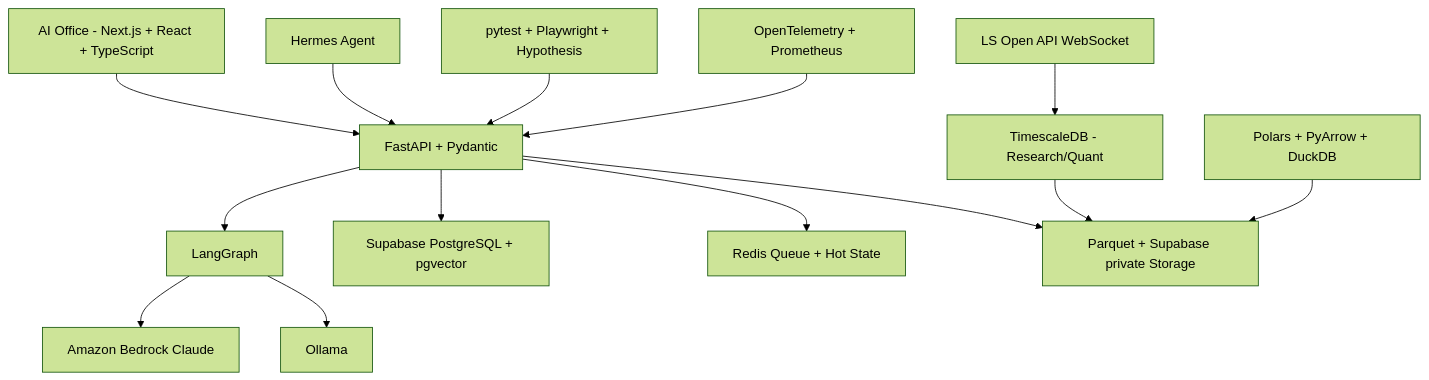
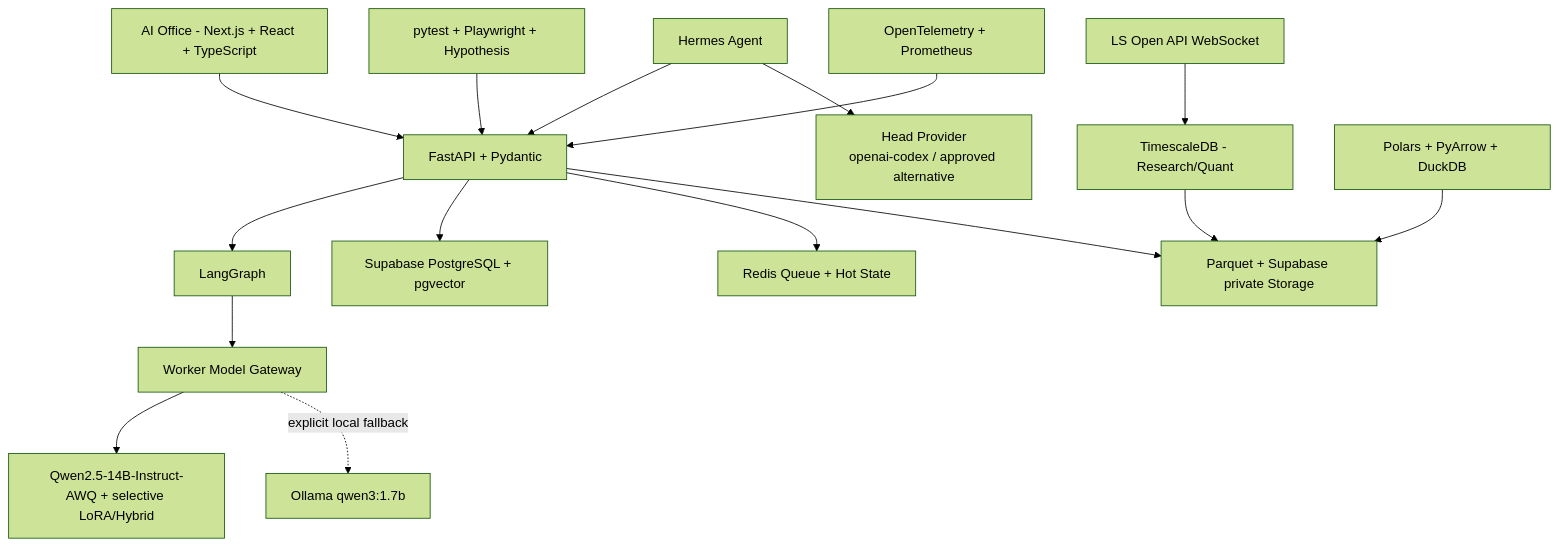
Before and after one commit to HgFinance/multi_agent: the second of 2 diagrams in docs/README.md, drawn with Mermaid (forest theme). The commit also changed other lines of this file and 10 other files, not shown here.

````diff
--- a/docs/README.md
+++ b/docs/README.md
@@ -246,18 +248,20 @@
 ```mermaid
 flowchart TB
     UI["AI Office - Next.js + React + TypeScript"] --> API["FastAPI + Pydantic"]
     HERMES["Hermes Agent"] --> API
     API --> LANG["LangGraph"]
-    LANG --> BEDROCK["Amazon Bedrock Claude"]
-    LANG --> OLLAMA["Ollama"]
+    HERMES --> HEAD["Head Provider<br/>openai-codex / approved alternative"]
+    LANG --> WG["Worker Model Gateway"]
+    WG --> QWEN["Qwen2.5-14B-Instruct-AWQ + selective LoRA/Hybrid"]
+    WG -. "explicit local fallback" .-> OLLAMA["Ollama qwen3:1.7b"]
 
     API --> SUPA["Supabase PostgreSQL + pgvector"]
     MARKET["LS Open API WebSocket"] --> TSDB["TimescaleDB - Research/Quant"]
     API --> REDIS["Redis Queue + Hot State"]
     TSDB --> STORE["Parquet + Supabase private Storage"]
     API --> STORE
 
     DATA["Polars + PyArrow + DuckDB"] --> STORE
     TEST["pytest + Playwright + Hypothesis"] --> API
     OBS["OpenTelemetry + Prometheus"] --> API
 ```
````
